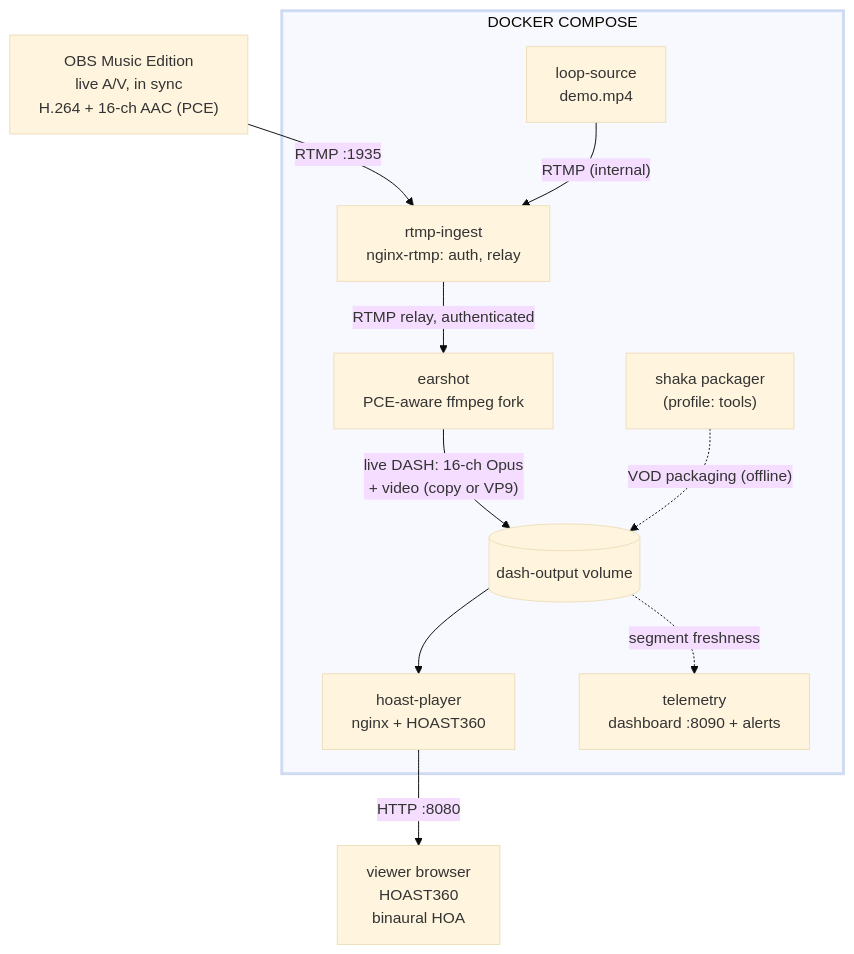
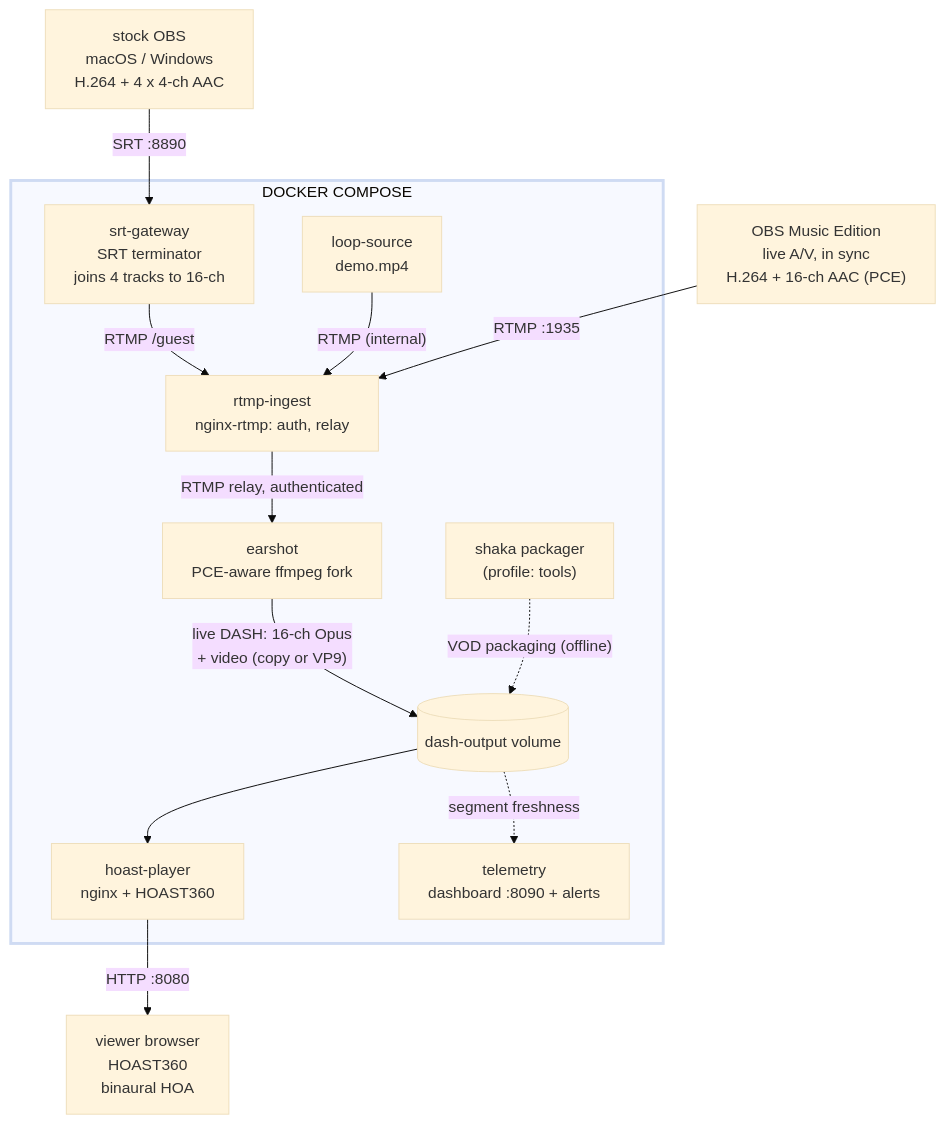
Before and after one commit to mormegil6/ambisonic-box: the diagram in docs/architecture/architecture.mmd, drawn with Mermaid (base theme). The commit also changed 7 other files, not shown here.

```diff
--- a/docs/architecture/architecture.mmd
+++ b/docs/architecture/architecture.mmd
@@ -1,29 +1,33 @@
 %% Architecture / data-flow diagram for the HOA 360 stream stack.
 %% This is the SOURCE only: dagre's raw layout is rearranged by postprocess.py,
 %% so do not embed a plain `mmdc` render of this. Run ./build.sh to regenerate
 %% architecture.svg / architecture.png. The subgraph deliberately has no
 %% `direction` (a nested one would give the SVG two coordinate systems).
 flowchart TD
+    SRTOBS["stock OBS<br/>macOS / Windows<br/>H.264 + 4 x 4-ch AAC"]
     OBS["OBS Music Edition<br/>live A/V, in sync<br/>H.264 + 16-ch AAC (PCE)"]
 
     subgraph COMPOSE["DOCKER COMPOSE"]
+        GATEWAY["srt-gateway<br/>SRT terminator<br/>joins 4 tracks to 16-ch"]
         INGEST["rtmp-ingest<br/>nginx-rtmp: auth, relay"]
         LOOP["loop-source<br/>demo.mp4"]
         EARSHOT["earshot<br/>PCE-aware ffmpeg fork"]
         VOL[("dash-output volume")]
         SHAKA["shaka packager<br/>(profile: tools)"]
         PLAYER["hoast-player<br/>nginx + HOAST360"]
         TELEM["telemetry<br/>dashboard :8090 + alerts"]
     end
 
     VIEWER["viewer browser<br/>HOAST360<br/>binaural HOA"]
 
+    SRTOBS -- "SRT :8890" --> GATEWAY
+    GATEWAY -- "RTMP /guest" --> INGEST
     OBS -- "RTMP :1935" --> INGEST
     LOOP -- "RTMP (internal)" --> INGEST
     INGEST -- "RTMP relay, authenticated" --> EARSHOT
     EARSHOT -- "live DASH: 16-ch Opus<br/>+ video (copy or VP9)" --> VOL
     SHAKA -. "VOD packaging (offline)" .-> VOL
     VOL --> PLAYER
     PLAYER -- "HTTP :8080" --> VIEWER
     VOL -. "segment freshness" .-> TELEM
     style COMPOSE stroke-width:3px
```
